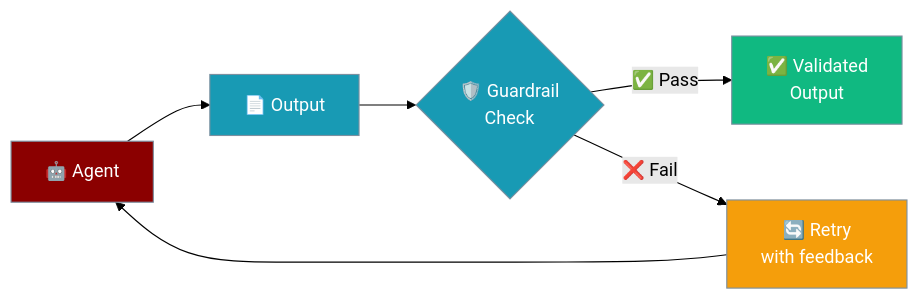
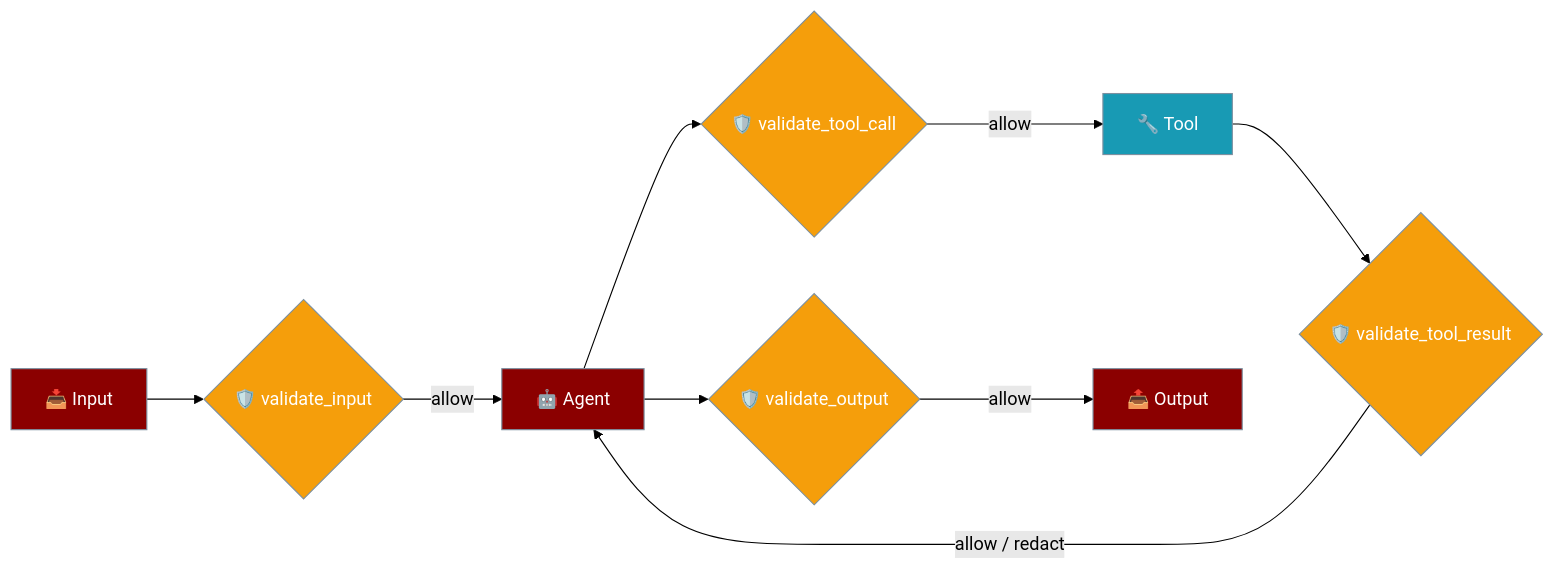
One commit to MervinPraison/PraisonAIDocs changed the first of 10 diagrams in docs/features/guardrails.mdx. Above: the diagram before and after it, drawn with Mermaid (forest theme). The commit also changed other lines of this file, not shown here.

Commit message:
docs: add Tool-Result Validation (validate_tool_result) guardrail surface (fixes #3880)

````diff
--- a/docs/features/guardrails.mdx
+++ b/docs/features/guardrails.mdx
@@ -34,18 +34,19 @@
 ```mermaid
 graph LR
-    Agent["🤖 Agent"] --> Output["📄 Output"]
-    Output --> Check{"🛡️ Guardrail\nCheck"}
-    Check -->|"✅ Pass"| Result["✅ Validated\nOutput"]
-    Check -->|"❌ Fail"| Retry["🔄 Retry\nwith feedback"]
-    Retry --> Agent
+    In["📥 Input"] --> VIn{"🛡️ validate_input"}
+    VIn -->|allow| Agent["🤖 Agent"]
+    Agent --> VTC{"🛡️ validate_tool_call"}
+    VTC -->|allow| Tool["🔧 Tool"]
+    Tool --> VTR{"🛡️ validate_tool_result"}
+    VTR -->|allow / redact| Agent
+    Agent --> VOut{"🛡️ validate_output"}
+    VOut -->|allow| Out["📤 Output"]
 
-    classDef agent fill:#8B0000,stroke:#7C90A0,color:#fff
+    classDef guard fill:#F59E0B,stroke:#7C90A0,color:#fff
+    classDef node fill:#8B0000,stroke:#7C90A0,color:#fff
     classDef tool fill:#189AB4,stroke:#7C90A0,color:#fff
-    classDef success fill:#10B981,stroke:#7C90A0,color:#fff
-    classDef warning fill:#F59E0B,stroke:#7C90A0,color:#fff
 
-    class Agent agent
-    class Output,Check tool
-    class Result success
-    class Retry warning
+    class VIn,VTC,VTR,VOut guard
+    class In,Out,Agent node
+    class Tool tool
 ```
````
